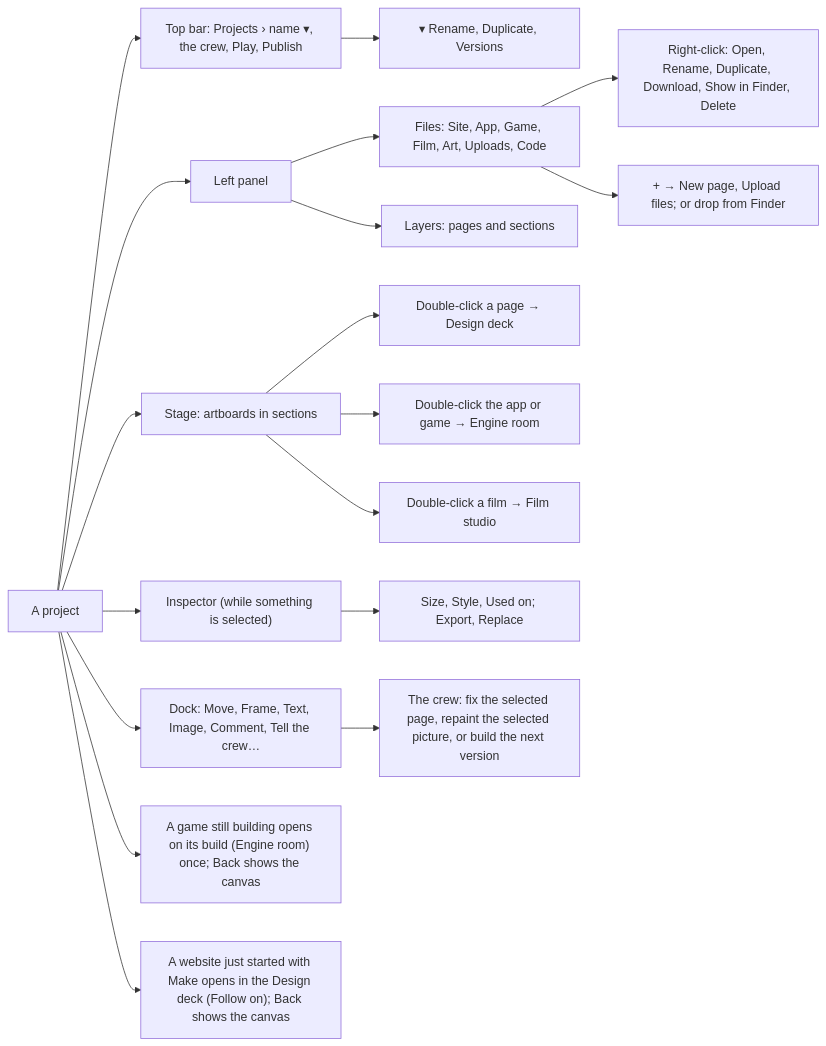
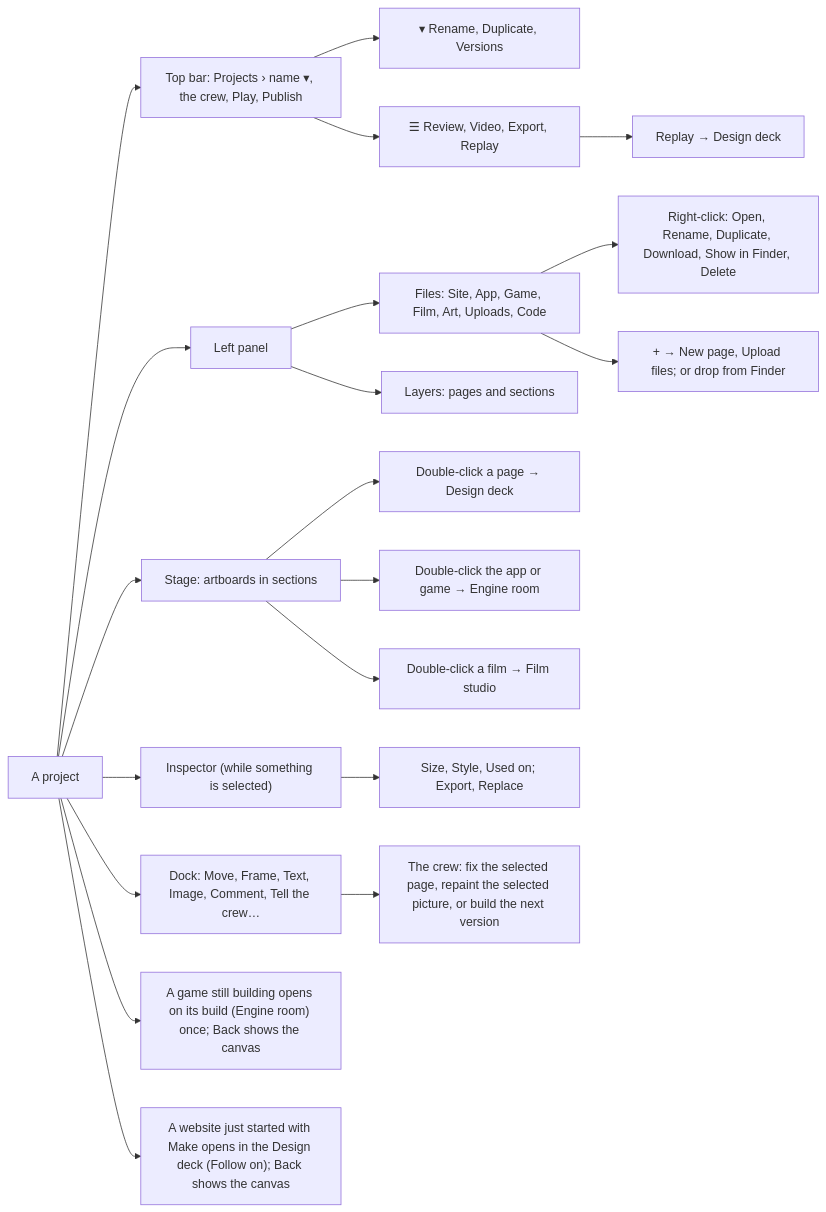
Before and after one commit to Pukujan/swarm-studio: the ninth of 26 diagrams in docs/ux/SITEMAP.md, drawn with Mermaid. The commit also changed other lines of this file and 5 other files, not shown here.

````diff
--- a/docs/ux/SITEMAP.md
+++ b/docs/ux/SITEMAP.md
@@ -265,20 +265,22 @@
 ```mermaid
 flowchart LR
   PJ["A project"] --> TOP["Top bar: Projects › name ▾, the crew, Play, Publish"]
   PJ --> LEFT["Left panel"]
   PJ --> STG["Stage: artboards in sections"]
   PJ --> INS["Inspector (while something is selected)"]
   PJ --> DOCK["Dock: Move, Frame, Text, Image, Comment, Tell the crew…"]
   TOP --> VER["▾ Rename, Duplicate, Versions"]
+  TOP --> MORE["☰ Review, Video, Export, Replay"]
+  MORE --> RPD["Replay → Design deck"]
   LEFT --> FIL["Files: Site, App, Game, Film, Art, Uploads, Code"]
   LEFT --> LAY["Layers: pages and sections"]
   FIL --> FM["Right-click: Open, Rename, Duplicate, Download, Show in Finder, Delete"]
   FIL --> UP["+ → New page, Upload files; or drop from Finder"]
   STG --> DD["Double-click a page → Design deck"]
   STG --> ER["Double-click the app or game → Engine room"]
   PJ --> GB["A game still building opens on its build (Engine room) once; Back shows the canvas"]
   PJ --> WB["A website just started with Make opens in the Design deck (Follow on); Back shows the canvas"]
   STG --> FS["Double-click a film → Film studio"]
   INS --> EXP["Size, Style, Used on; Export, Replace"]
   DOCK --> CREW["The crew: fix the selected page, repaint the selected picture, or build the next version"]
 ```
````
